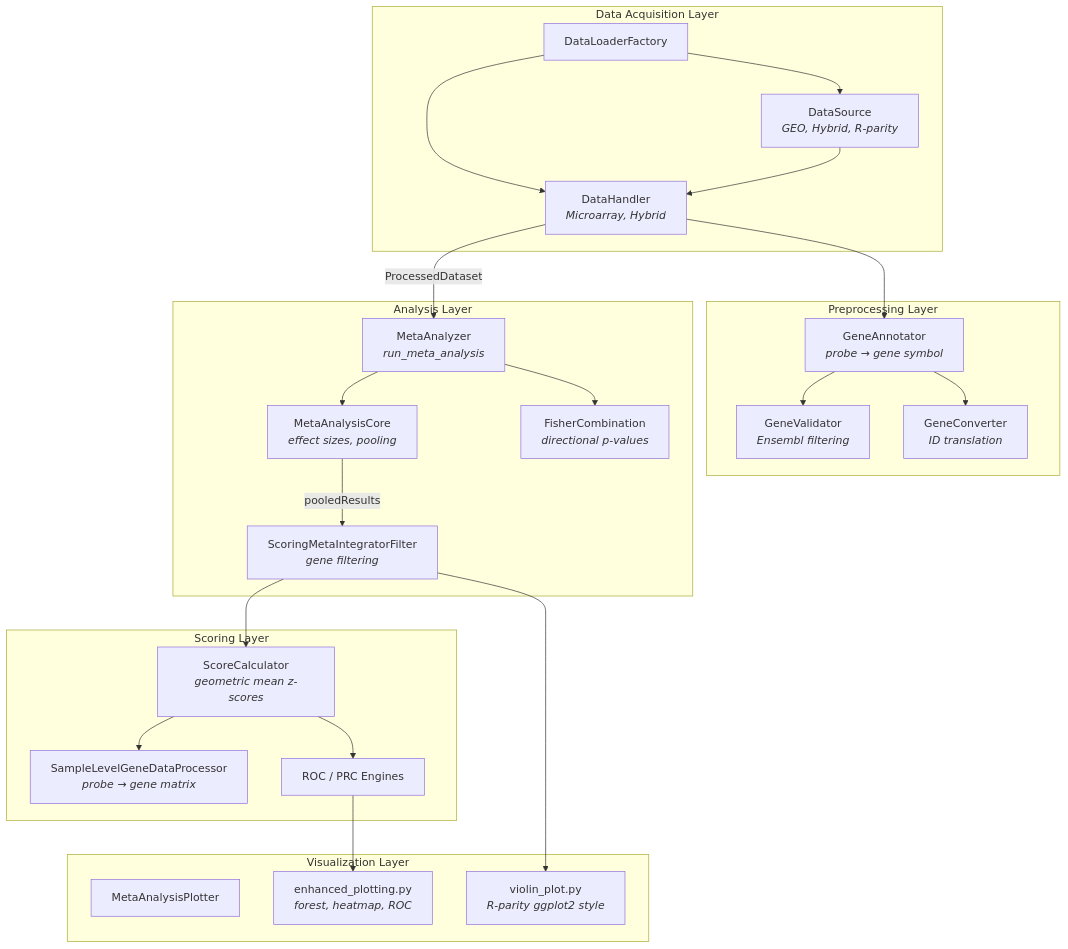
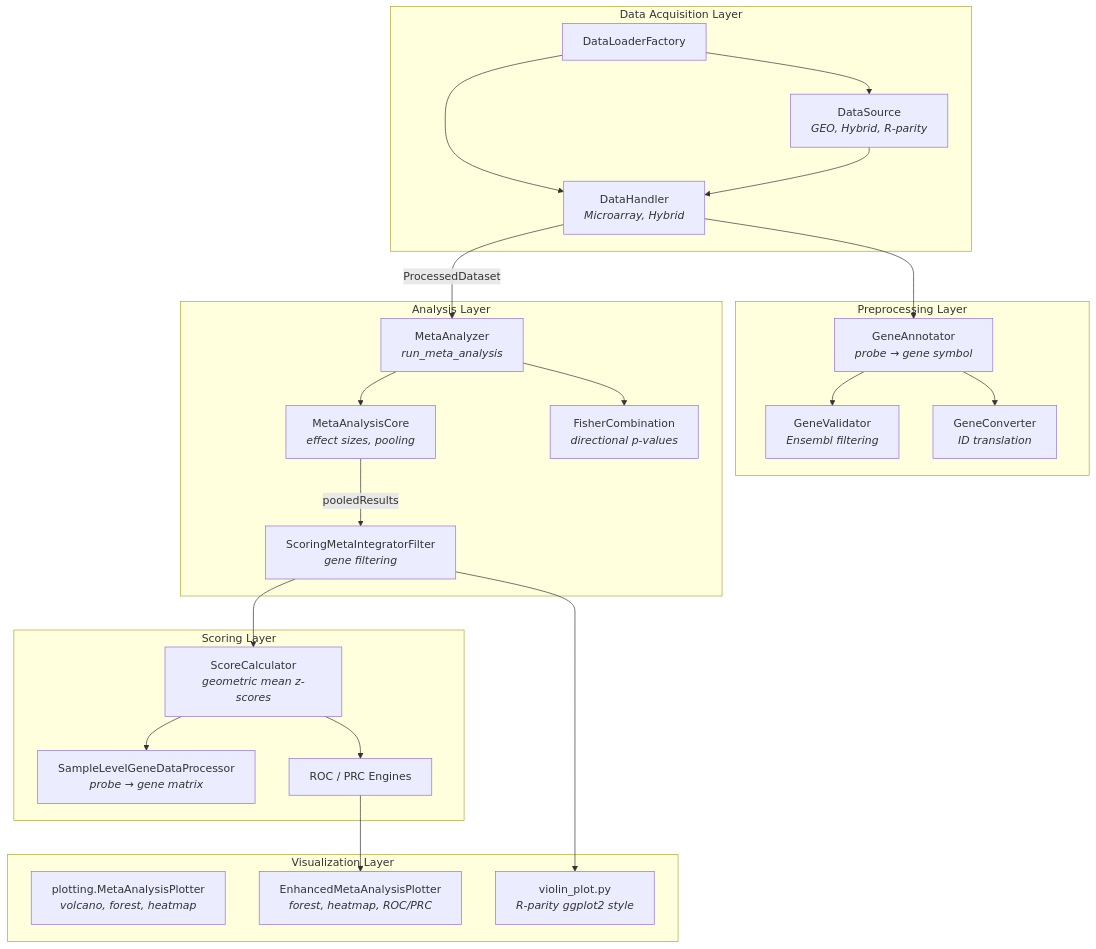
The first of 4 diagrams in docs/architecture.md (Khatri-Lab/metaintegrator_py), drawn with Mermaid before and after one commit. The commit also changed other lines of this file and 30 other files, not shown here.

````diff
--- a/docs/architecture.md
+++ b/docs/architecture.md
@@ -9,49 +9,49 @@
 ```mermaid
 graph TB
     subgraph "Data Acquisition Layer"
         Factory["DataLoaderFactory"]
         Sources["DataSource<br/><i>GEO, Hybrid, R-parity</i>"]
         Handlers["DataHandler<br/><i>Microarray, Hybrid</i>"]
     end
 
     subgraph "Preprocessing Layer"
         Annotator["GeneAnnotator<br/><i>probe → gene symbol</i>"]
         Validator["GeneValidator<br/><i>Ensembl filtering</i>"]
         Converter["GeneConverter<br/><i>ID translation</i>"]
     end
 
     subgraph "Analysis Layer"
         Meta["MetaAnalyzer<br/><i>run_meta_analysis</i>"]
         Core["MetaAnalysisCore<br/><i>effect sizes, pooling</i>"]
         Fisher["FisherCombination<br/><i>directional p-values</i>"]
         Filter["ScoringMetaIntegratorFilter<br/><i>gene filtering</i>"]
     end
 
     subgraph "Scoring Layer"
         Score["ScoreCalculator<br/><i>geometric mean z-scores</i>"]
         SampleGene["SampleLevelGeneDataProcessor<br/><i>probe → gene matrix</i>"]
         ROC["ROC / PRC Engines"]
     end
 
     subgraph "Visualization Layer"
-        Plotting["MetaAnalysisPlotter"]
-        Enhanced["enhanced_plotting.py<br/><i>forest, heatmap, ROC</i>"]
+        Plotting["plotting.MetaAnalysisPlotter<br/><i>volcano, forest, heatmap</i>"]
+        Enhanced["EnhancedMetaAnalysisPlotter<br/><i>forest, heatmap, ROC/PRC</i>"]
         Violin["violin_plot.py<br/><i>R-parity ggplot2 style</i>"]
     end
 
     Factory --> Sources
     Factory --> Handlers
     Sources --> Handlers
     Handlers --> Annotator
     Annotator --> Validator
     Annotator --> Converter
     Handlers -->|ProcessedDataset| Meta
     Meta --> Core
     Meta --> Fisher
     Core -->|pooledResults| Filter
     Filter --> Score
     Score --> SampleGene
     Score --> ROC
     ROC --> Enhanced
     Filter --> Violin
 ```
````
